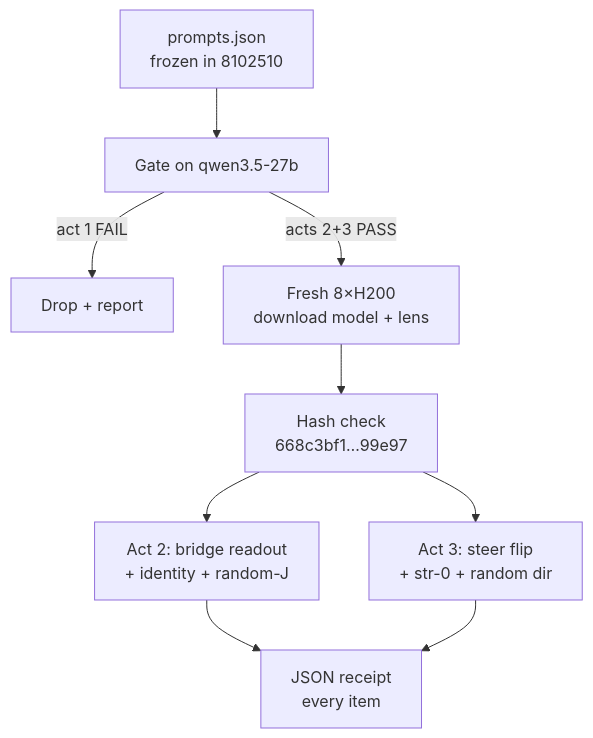
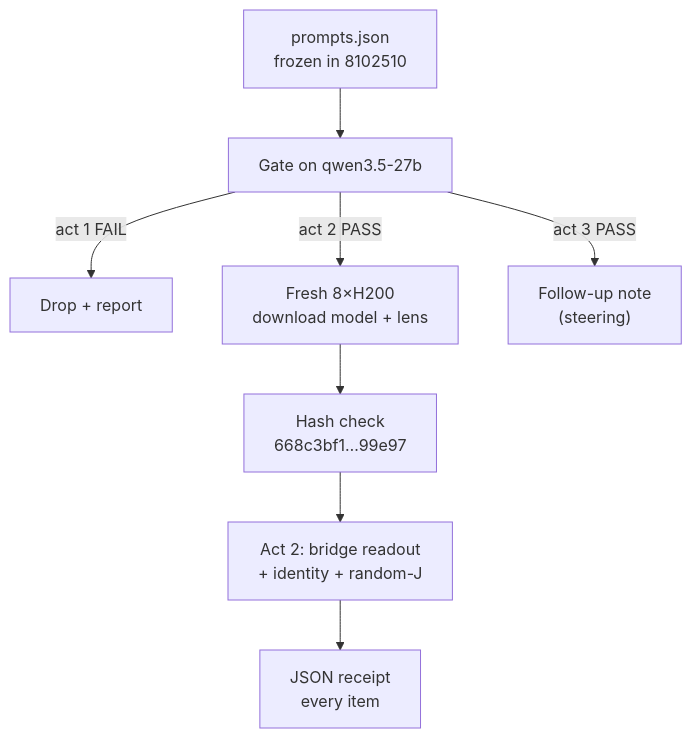
Before and after one commit to praxagent/jacobian-lens-research-202607a: the third of 3 diagrams in blog/lens-demo/index.md, drawn with Mermaid. The commit also changed other lines of this file and 2 other files, not shown here.

Commit message:
blog: lens-demo consistency pass (672-first framing, fit-size 'strong candidate', warm-start target n~672, steering deferred in conclusion, fitting-code provenance row incl. missing convergence logger); Part II gains full kappa-sweep base-rate section

```diff
--- a/blog/lens-demo/index.md
+++ b/blog/lens-demo/index.md
@@ -172,11 +178,10 @@
 {{< mermaid >}}
 flowchart TB
   P["prompts.json<br/>frozen in 8102510"] --> G["Gate on qwen3.5-27b"]
   G -->|"act 1 FAIL"| D["Drop + report"]
-  G -->|"acts 2+3 PASS"| R["Fresh 8×H200<br/>download model + lens"]
+  G -->|"act 2 PASS"| R["Fresh 8×H200<br/>download model + lens"]
+  G -->|"act 3 PASS"| F["Follow-up note<br/>(steering)"]
   R --> H["Hash check<br/>668c3bf1…99e97"]
   H --> A2["Act 2: bridge readout<br/>+ identity + random-J"]
-  H --> A3["Act 3: steer flip<br/>+ str-0 + random dir"]
   A2 --> J["JSON receipt<br/>every item"]
-  A3 --> J
 {{< /mermaid >}}
```
